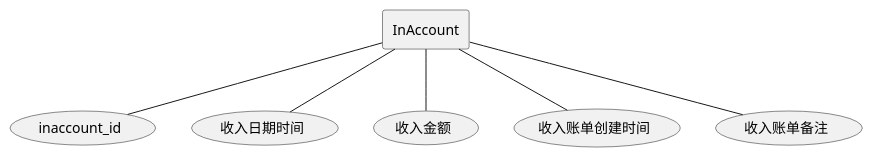
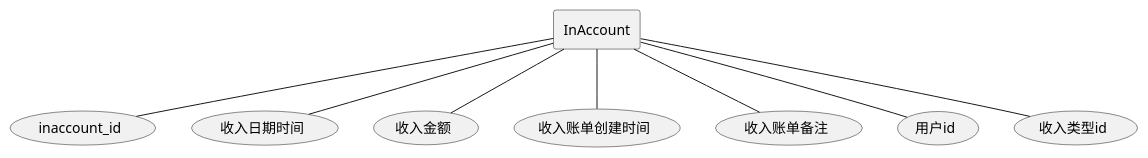
One commit to xiaokangxxs/notebook changed the tenth of 30 diagrams in docs/UML/plantuml.md. Above: the diagram before and after it, drawn with PlantUML. The commit also changed other lines of this file and 2 other files, not shown here.

Commit message:
update hadoop-ha and update familyaccount-plantuml

````diff
--- a/docs/UML/plantuml.md
+++ b/docs/UML/plantuml.md
@@ -218,10 +209,12 @@
 ```plantuml
 @startuml
 rectangle InAccount
 InAccount -- (inaccount_id)
 InAccount -- (收入日期时间)
 InAccount -- (收入金额)
 InAccount -- (收入账单创建时间)
 InAccount -- (收入账单备注)
+InAccount -- (用户id)
+InAccount -- (收入类型id)
 @enduml
 ```
````
